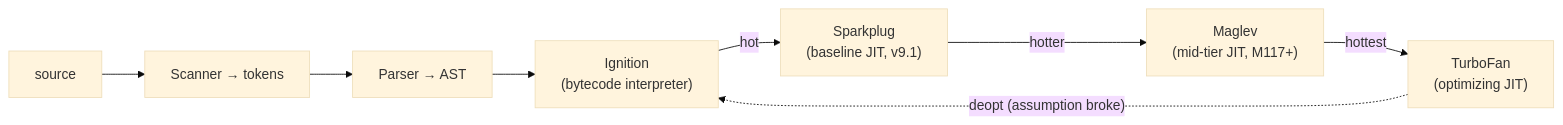
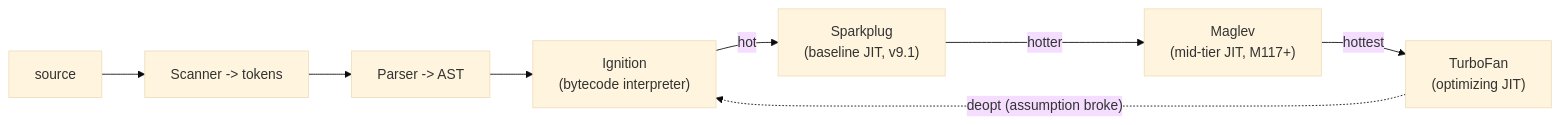
The diagram in packages/content/content/01-javascript-runtime.mdx (ashishxcode/frontend-internals), drawn with Mermaid (base theme) before and after one commit. The commit also changed other lines of this file and 35 other files, not shown here.

Commit message:
fix: mermaid sizing (overflow scroll + 16px font) + escape < in fiber prose

````diff
--- a/packages/content/content/01-javascript-runtime.mdx
+++ b/packages/content/content/01-javascript-runtime.mdx
@@ -521,9 +128,9 @@
 ```mermaid
 flowchart LR
-  src[source] --> sc[Scanner → tokens] --> p[Parser → AST]
+  src[source] --> sc[Scanner -> tokens] --> p[Parser -> AST]
   p --> ig["Ignition<br/>(bytecode interpreter)"]
   ig -->|hot| sp["Sparkplug<br/>(baseline JIT, v9.1)"]
   sp -->|hotter| mg["Maglev<br/>(mid-tier JIT, M117+)"]
   mg -->|hottest| tf["TurboFan<br/>(optimizing JIT)"]
   tf -. deopt (assumption broke) .-> ig
 ```
````
